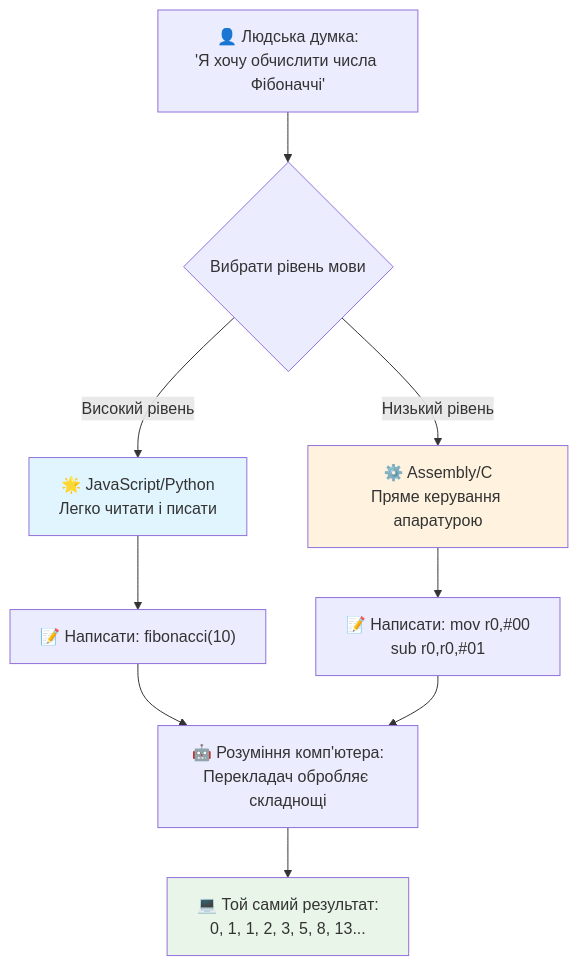
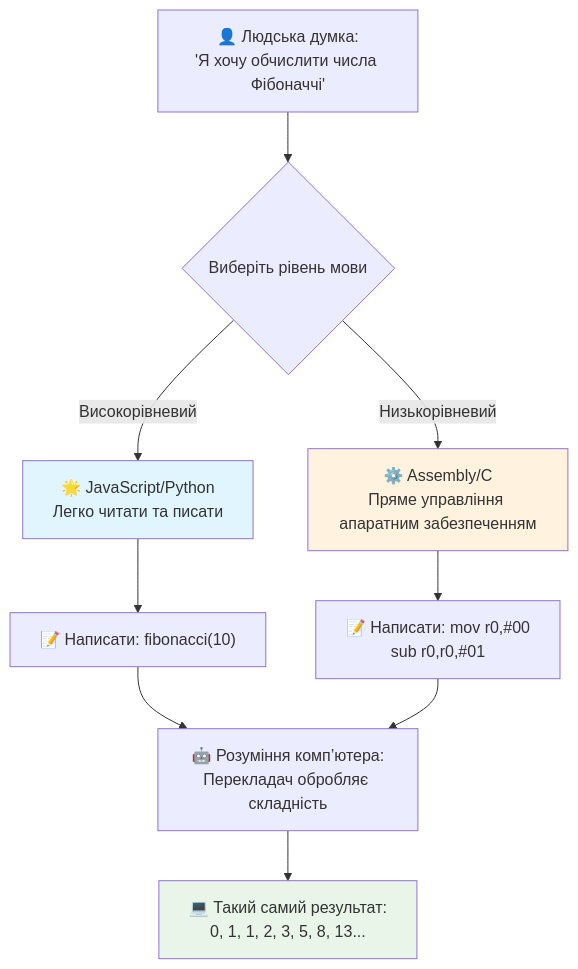
One commit to microsoft/Web-Dev-For-Beginners changed the third of 7 diagrams in translations/uk/1-getting-started-lessons/1-intro-to-programming-languages/README.md. Above: the diagram before and after it, drawn with Mermaid. The commit also changed other lines of this file and 8 other files, not shown here.

````diff
--- a/translations/uk/1-getting-started-lessons/1-intro-to-programming-languages/README.md
+++ b/translations/uk/1-getting-started-lessons/1-intro-to-programming-languages/README.md
@@ -148,19 +148,19 @@
 ```mermaid
 flowchart TB
-    A["👤 Людська думка:<br/>'Я хочу обчислити числа Фібоначчі'"] --> B{Вибрати рівень мови}
+    A["👤 Людська думка:<br/>'Я хочу обчислити числа Фібоначчі'"] --> B{Виберіть рівень мови}
     
-    B -->|Високий рівень| C["🌟 JavaScript/Python<br/>Легко читати і писати"]
-    B -->|Низький рівень| D["⚙️ Assembly/C<br/>Пряме керування апаратурою"]
+    B -->|Високорівневий| C["🌟 JavaScript/Python<br/>Легко читати та писати"]
+    B -->|Низькорівневий| D["⚙️ Assembly/C<br/>Пряме управління апаратним забезпеченням"]
     
     C --> E["📝 Написати: fibonacci(10)"]
     D --> F["📝 Написати: mov r0,#00<br/>sub r0,r0,#01"]
     
-    E --> G["🤖 Розуміння комп'ютера:<br/>Перекладач обробляє складнощі"]
+    E --> G["🤖 Розуміння комп’ютера:<br/>Перекладач обробляє складність"]
     F --> G
     
-    G --> H["💻 Той самий результат:<br/>0, 1, 1, 2, 3, 5, 8, 13..."]
+    G --> H["💻 Такий самий результат:<br/>0, 1, 1, 2, 3, 5, 8, 13..."]
     
     style C fill:#e1f5fe
     style D fill:#fff3e0
     style H fill:#e8f5e8
 ```
````
